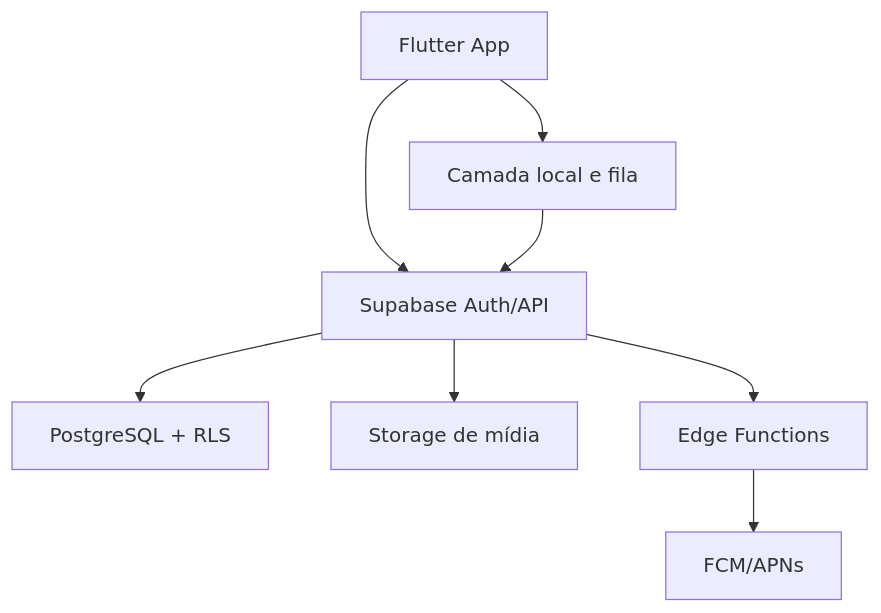
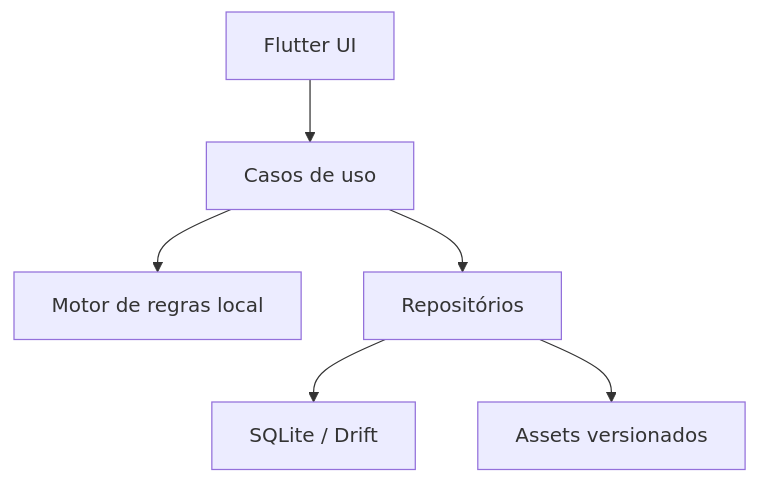
One commit to Cleuvin-dev/calisthenics-rpg changed the diagram in App_RPG_Calistenia_Documentacao/08_ARCHITECTURE/TECHNICAL_ARCHITECTURE.md. Above: the diagram before and after it, drawn with Mermaid. The commit also changed other lines of this file and 70 other files, not shown here.

````diff
--- a/App_RPG_Calistenia_Documentacao/08_ARCHITECTURE/TECHNICAL_ARCHITECTURE.md
+++ b/App_RPG_Calistenia_Documentacao/08_ARCHITECTURE/TECHNICAL_ARCHITECTURE.md
@@ -15,10 +39,8 @@
 ```mermaid
 flowchart TD
-    A[Flutter App] --> B[Camada local e fila]
-    A --> C[Supabase Auth/API]
-    B --> C
-    C --> D[PostgreSQL + RLS]
-    C --> E[Storage de mídia]
-    C --> F[Edge Functions]
-    F --> G[FCM/APNs]
+    A[Flutter UI] --> B[Casos de uso]
+    B --> C[Motor de regras local]
+    B --> D[Repositórios]
+    D --> E[SQLite / Drift]
+    D --> F[Assets versionados]
 ```
````
